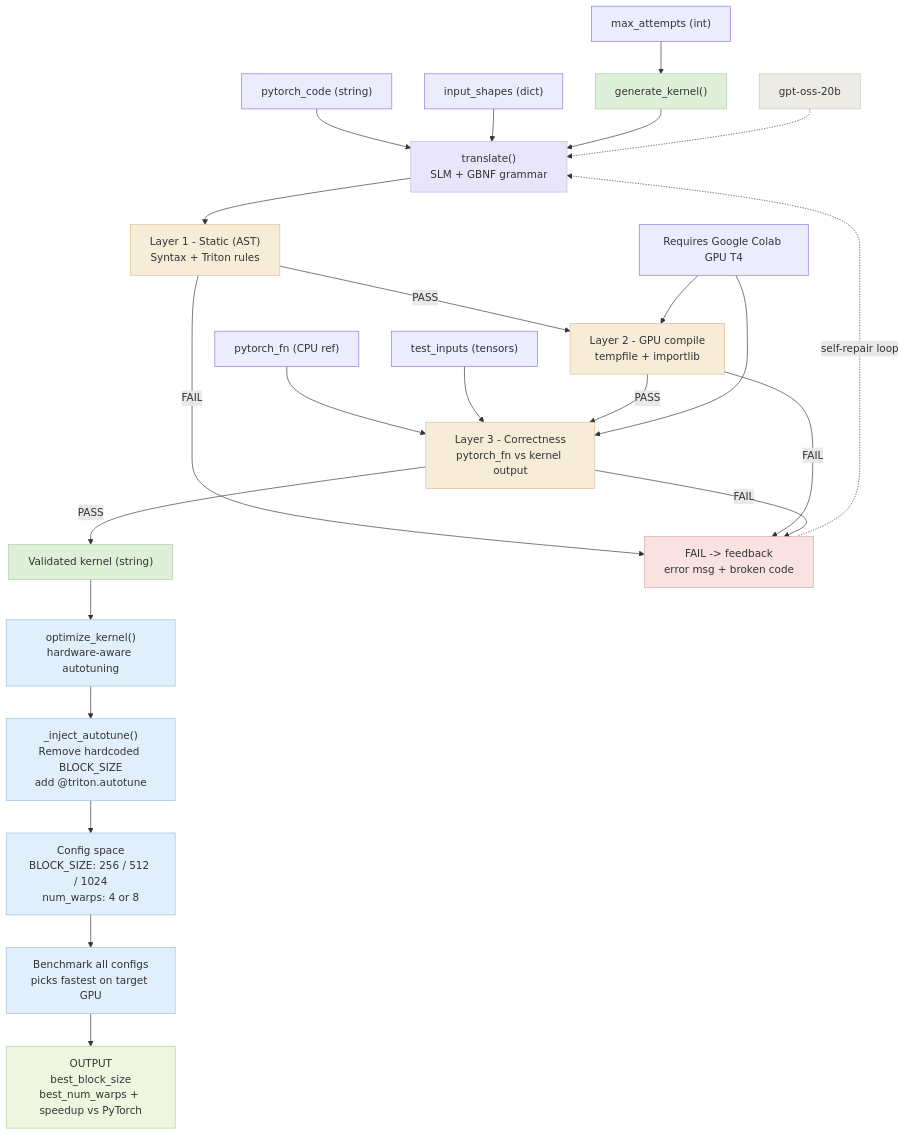
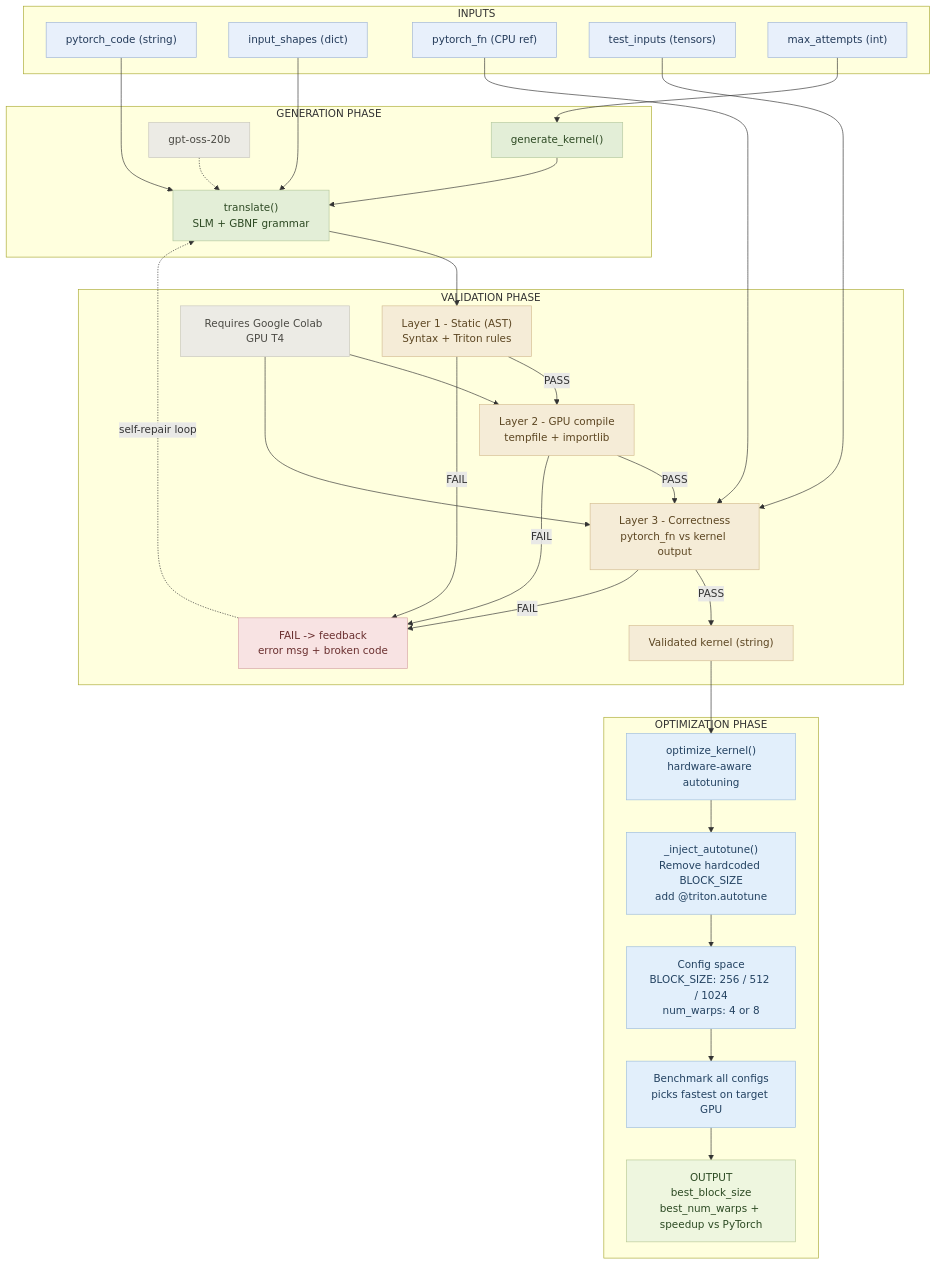
The diagram in README.md (casrhub/llm-gpu-kernel-generation), drawn with Mermaid before and after one commit.

Commit message:
docs: improve Mermaid layout while preserving pipeline flow

````diff
--- a/README.md
+++ b/README.md
@@ -62,69 +62,77 @@
 ```mermaid
 graph TD
-  %% Inputs
-  I1["pytorch_code (string)"]
-  I2["input_shapes (dict)"]
-  I3["pytorch_fn (CPU ref)"]
-  I4["test_inputs (tensors)"]
-  I5["max_attempts (int)"]
+  subgraph IN[INPUTS]
+    I1["pytorch_code (string)"]
+    I2["input_shapes (dict)"]
+    I3["pytorch_fn (CPU ref)"]
+    I4["test_inputs (tensors)"]
+    I5["max_attempts (int)"]
+  end
 
-  %% Main generation and validation path
-  GK["generate_kernel()"]
-  M["gpt-oss-20b"]
-  T["translate()<br/>SLM + GBNF grammar"]
-  L1["Layer 1 - Static (AST)<br/>Syntax + Triton rules"]
-  L2["Layer 2 - GPU compile<br/>tempfile + importlib"]
-  L3["Layer 3 - Correctness<br/>pytorch_fn vs kernel output"]
-  VK["Validated kernel (string)"]
-  FB["FAIL -> feedback<br/>error msg + broken code"]
-  GPU["Requires Google Colab GPU T4"]
+  subgraph GP[GENERATION PHASE]
+    GK["generate_kernel()"]
+    M["gpt-oss-20b"]
+    T["translate()<br/>SLM + GBNF grammar"]
+  end
 
-  %% Optimization path
-  OK["optimize_kernel()<br/>hardware-aware autotuning"]
-  INJ["_inject_autotune()<br/>Remove hardcoded BLOCK_SIZE<br/>add @triton.autotune"]
-  CFG["Config space<br/>BLOCK_SIZE: 256 / 512 / 1024<br/>num_warps: 4 or 8"]
-  BM["Benchmark all configs<br/>picks fastest on target GPU"]
-  OUT["OUTPUT<br/>best_block_size<br/>best_num_warps + speedup vs PyTorch"]
+  subgraph VP[VALIDATION PHASE]
+    L1["Layer 1 - Static (AST)<br/>Syntax + Triton rules"]
+    L2["Layer 2 - GPU compile<br/>tempfile + importlib"]
+    L3["Layer 3 - Correctness<br/>pytorch_fn vs kernel output"]
+    VK["Validated kernel (string)"]
+    FB["FAIL -> feedback<br/>error msg + broken code"]
+    GPU["Requires Google Colab GPU T4"]
+  end
+
+  subgraph OP[OPTIMIZATION PHASE]
+    OK["optimize_kernel()<br/>hardware-aware autotuning"]
+    INJ["_inject_autotune()<br/>Remove hardcoded BLOCK_SIZE<br/>add @triton.autotune"]
+    CFG["Config space<br/>BLOCK_SIZE: 256 / 512 / 1024<br/>num_warps: 4 or 8"]
+    BM["Benchmark all configs<br/>picks fastest on target GPU"]
+    OUT["OUTPUT<br/>best_block_size<br/>best_num_warps + speedup vs PyTorch"]
+  end
 
   I1 --> T
   I2 --> T
   I3 --> L3
   I4 --> L3
   I5 --> GK
 
   GK --> T
   M -.-> T
 
   T --> L1
   L1 -->|PASS| L2
   L2 -->|PASS| L3
   L3 -->|PASS| VK
 
   L1 -->|FAIL| FB
   L2 -->|FAIL| FB
   L3 -->|FAIL| FB
   FB -. self-repair loop .-> T
 
   GPU --> L2
   GPU --> L3
 
   VK --> OK
   OK --> INJ
   INJ --> CFG
   CFG --> BM
   BM --> OUT
 
-  style GK fill:#dff0d8,stroke:#b2c8a3
-  style M fill:#ecebe5,stroke:#c8c6be
-  style T fill:#e9e6fb,stroke:#c0b8ea
-  style L1 fill:#f7ecd8,stroke:#d8bf8f
-  style L2 fill:#f7ecd8,stroke:#d8bf8f
-  style L3 fill:#f7ecd8,stroke:#d8bf8f
-  style VK fill:#dff0d8,stroke:#b2c8a3
-  style FB fill:#f8e2e2,stroke:#d7a6a6
-  style OK fill:#e1effc,stroke:#9ebddd
-  style INJ fill:#e1effc,stroke:#9ebddd
-  style CFG fill:#e1effc,stroke:#9ebddd
-  style BM fill:#e1effc,stroke:#9ebddd
-  style OUT fill:#eef6df,stroke:#b7c895
+  classDef input fill:#e8f0fb,stroke:#9fb4d6,color:#243b5a
+  classDef gen fill:#e3eed7,stroke:#b4c89f,color:#2e4a24
+  classDef val fill:#f5ecd7,stroke:#d4be92,color:#5c4622
+  classDef fail fill:#f8e3e3,stroke:#d6a5a5,color:#6a2f2f
+  classDef opt fill:#e2effb,stroke:#9ebddd,color:#234261
+  classDef out fill:#eef6df,stroke:#b7c895,color:#2c4a23
+  classDef side fill:#ecebe5,stroke:#c8c6be,color:#4b4a44
+
+  class I1,I2,I3,I4,I5 input
+  class GK,T gen
+  class L1,L2,L3,VK val
+  class FB fail
+  class OK,INJ,CFG,BM opt
+  class OUT out
+  class M,GPU side
 ```
````
